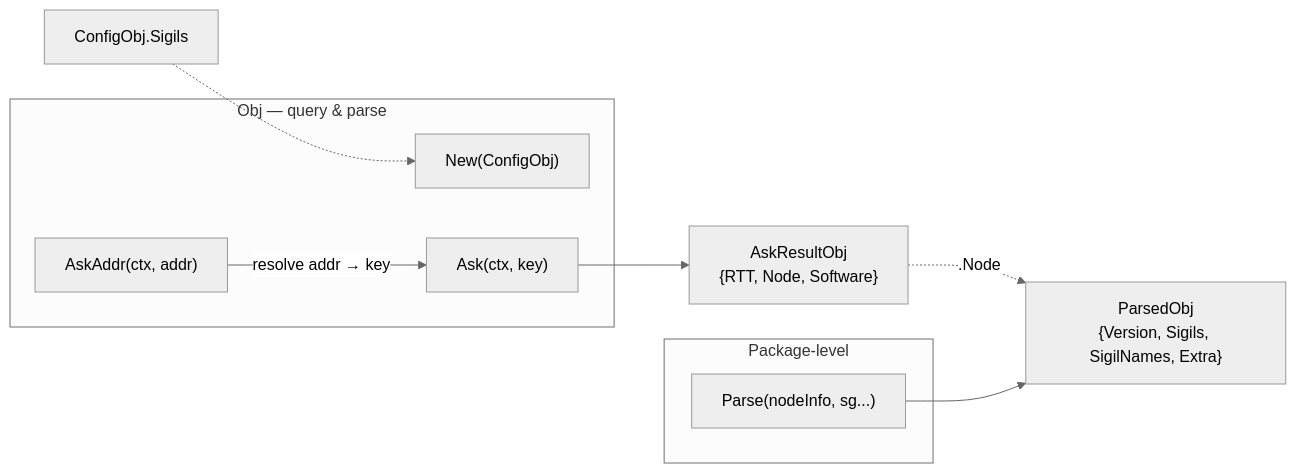
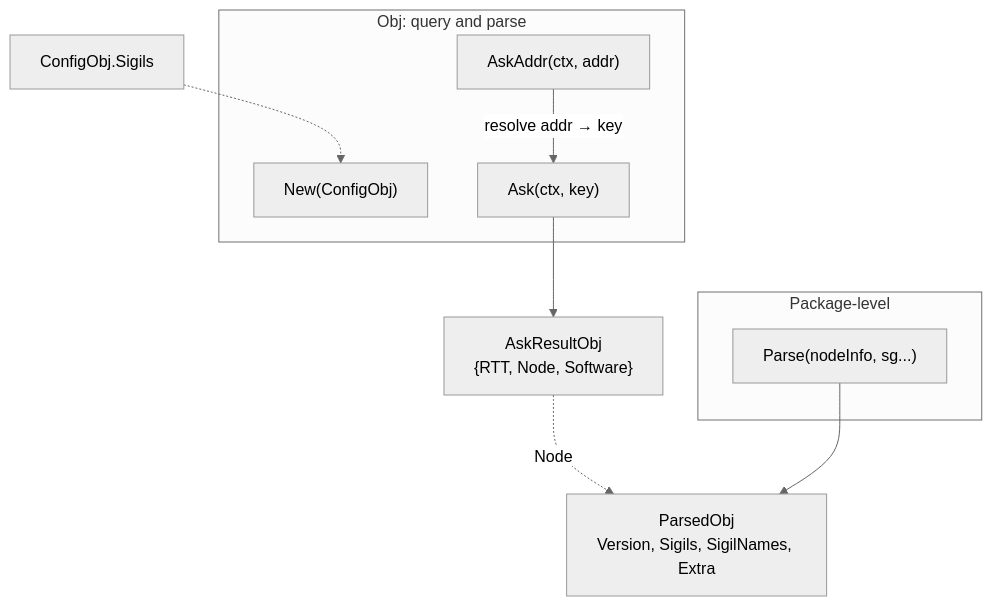
One commit to voluminor/ratatoskr changed the first of 2 diagrams in mod/ninfo/README.md. Above: the diagram before and after it, drawn with Mermaid (neutral theme). The commit also changed other lines of this file and 175 other files, not shown here.

````diff
--- a/mod/ninfo/README.md
+++ b/mod/ninfo/README.md
@@ -27,19 +33,19 @@
 ```mermaid
-flowchart LR
-  subgraph Obj["Obj — query & parse"]
+flowchart TD
+    subgraph Obj["Obj: query and parse"]
         New["New(ConfigObj)"]
         AskAddr["AskAddr(ctx, addr)"]
         Ask["Ask(ctx, key)"]
     end
 
     subgraph Free["Package-level"]
         Parse["Parse(nodeInfo, sg...)"]
     end
 
     AskAddr -->|"resolve addr → key"| Ask
     Ask --> AskResult["AskResultObj\n{RTT, Node, Software}"]
-  AskResult -.->|" .Node "| ParsedObj["ParsedObj\n{Version, Sigils, SigilNames, Extra}"]
-  ConfigSigils["ConfigObj.Sigils"] -.-> New
+    AskResult -.->|"Node"| ParsedObj["ParsedObj<br/>Version, Sigils, SigilNames, Extra"]
+    ConfigSigils["ConfigObj.Sigils"] -.-> New
 
     Parse --> ParsedObj
 ```
````
